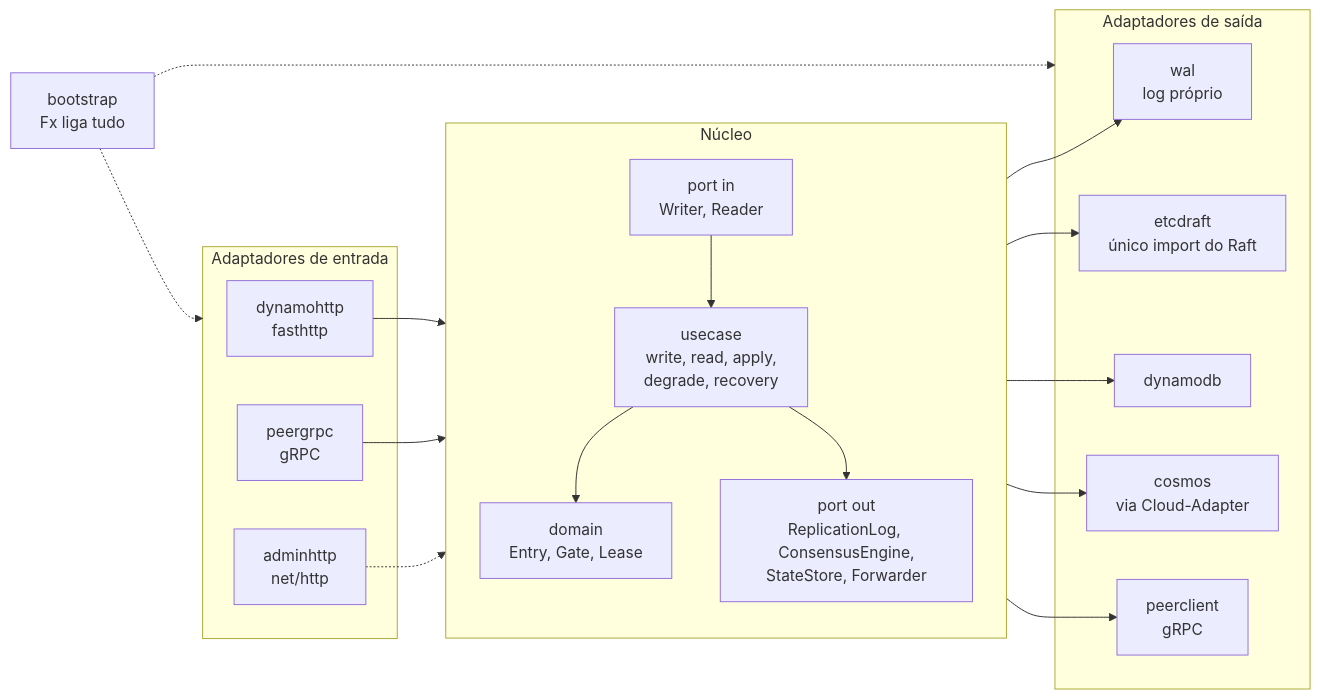
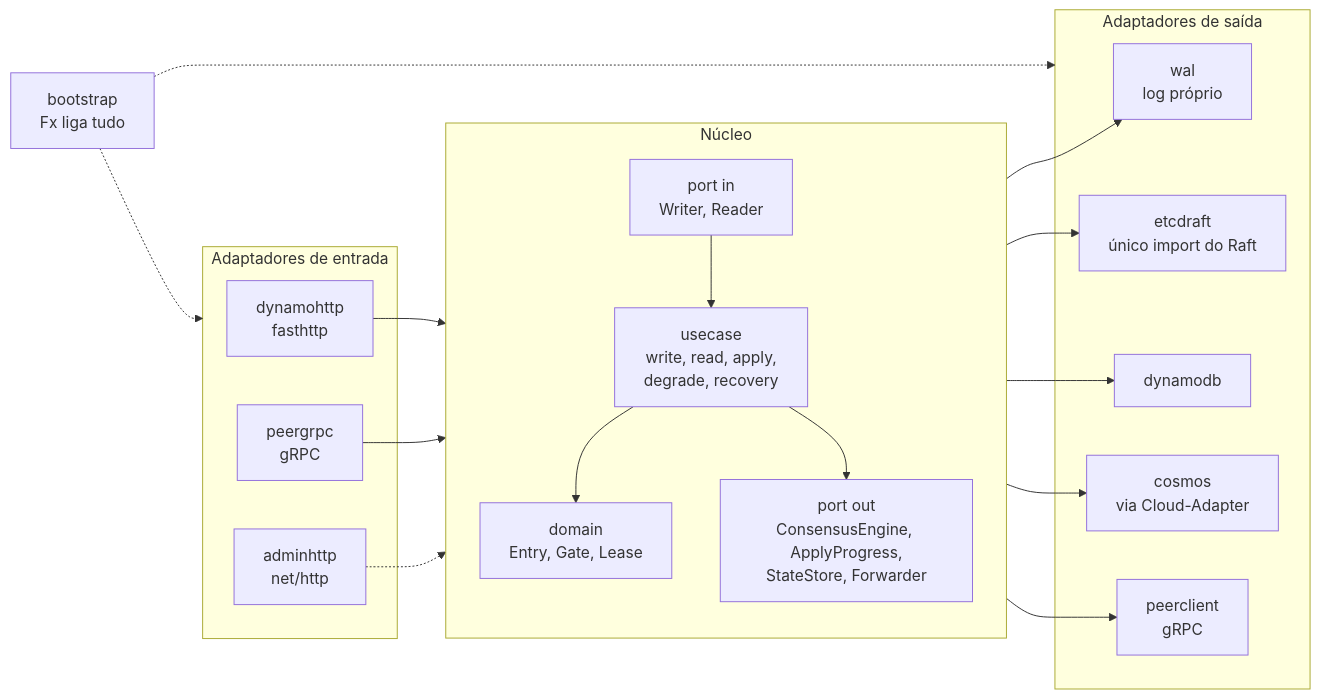
The first of 10 diagrams in doc/05_implementacao/02_desenho_e_diagramas.md (brbarmex/k), drawn with Mermaid before and after one commit. The commit also changed other lines of this file and 197 other files, not shown here.

````diff
--- a/doc/05_implementacao/02_desenho_e_diagramas.md
+++ b/doc/05_implementacao/02_desenho_e_diagramas.md
@@ -7,34 +7,34 @@
 ```mermaid
 flowchart LR
     subgraph IN["Adaptadores de entrada"]
         H["dynamohttp<br/>fasthttp"]
         PG["peergrpc<br/>gRPC"]
         AD["adminhttp<br/>net/http"]
     end
     subgraph CORE["Núcleo"]
         direction TB
         PIN["port in<br/>Writer, Reader"]
         UC["usecase<br/>write, read, apply,<br/>degrade, recovery"]
         DM["domain<br/>Entry, Gate, Lease"]
-        POUT["port out<br/>ReplicationLog, ConsensusEngine,<br/>StateStore, Forwarder"]
+        POUT["port out<br/>ConsensusEngine, ApplyProgress,<br/>StateStore, Forwarder"]
         PIN --> UC --> DM
         UC --> POUT
     end
     subgraph OUT["Adaptadores de saída"]
         WAL["wal<br/>log próprio"]
         RFT["etcdraft<br/>único import do Raft"]
         DDB["dynamodb"]
         CSM["cosmos<br/>via Cloud-Adapter"]
         PC["peerclient<br/>gRPC"]
     end
     H --> PIN
     PG --> PIN
     AD -.-> UC
     POUT --> WAL
     POUT --> RFT
     POUT --> DDB
     POUT --> CSM
     POUT --> PC
     BOOT["bootstrap<br/>Fx liga tudo"] -.-> IN
     BOOT -.-> OUT
 ```
````
